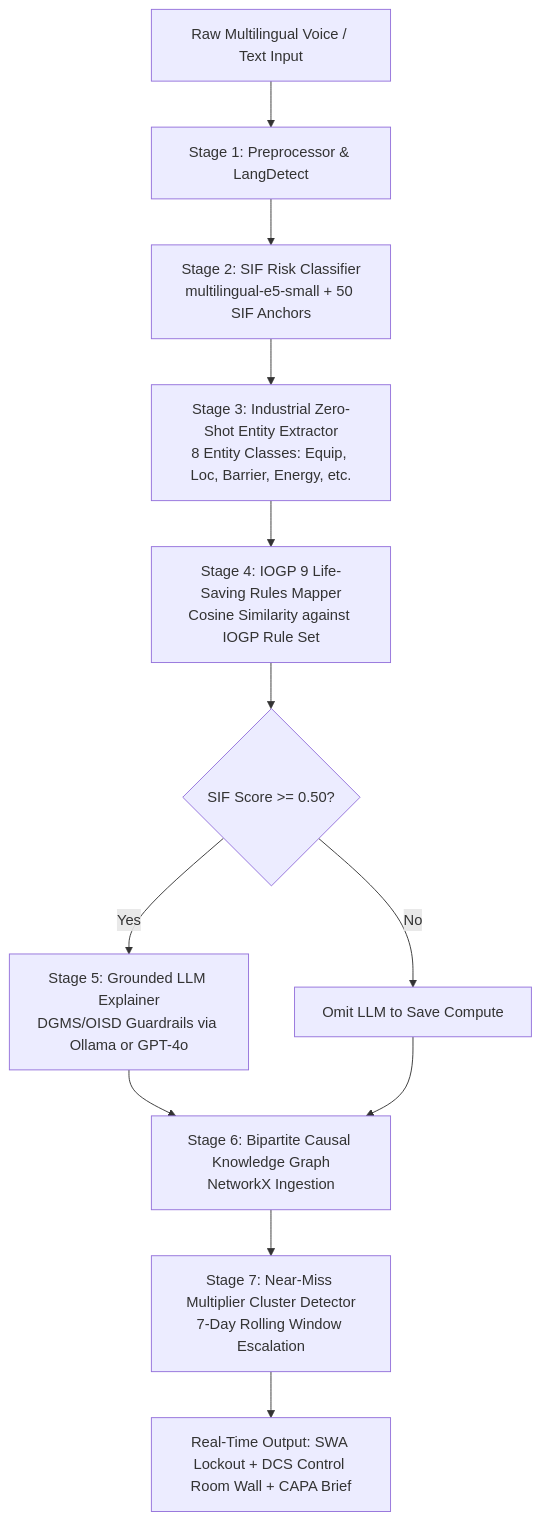
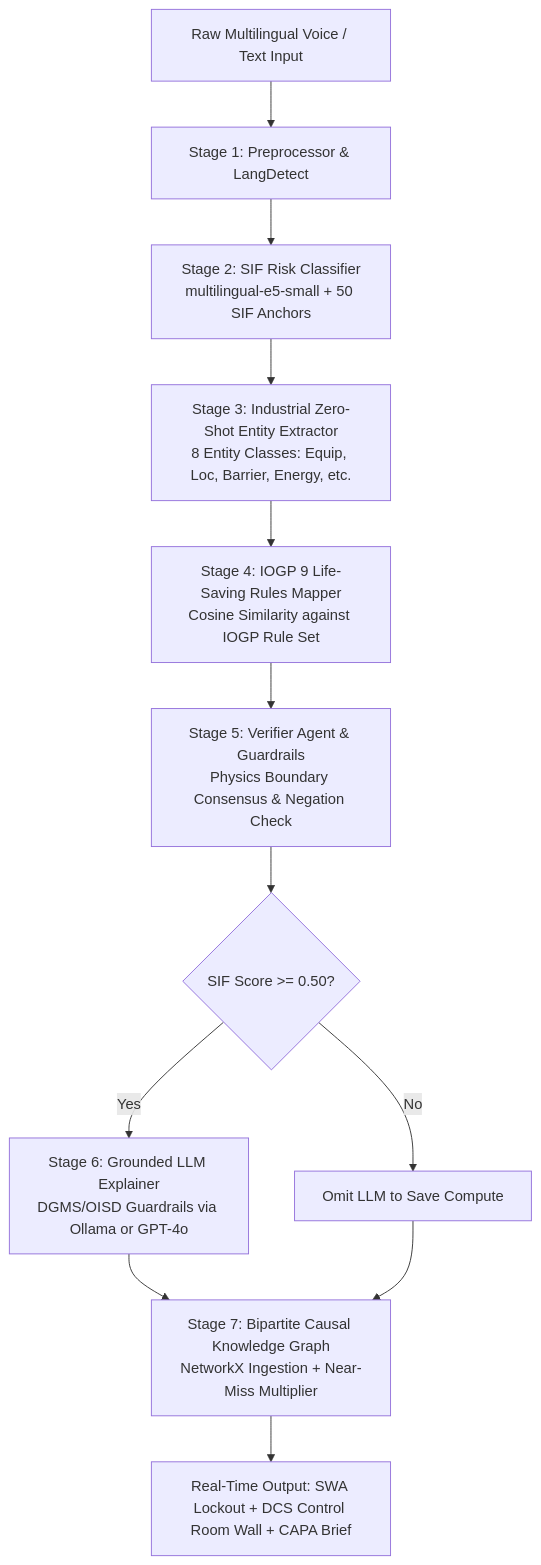
One commit to priy-anshugupta/Sanket-AI changed the fourth of 5 diagrams in understandsanketai.md. Above: the diagram before and after it, drawn with Mermaid. The commit also changed other lines of this file and 4 other files, not shown here.

Commit message:
feat: implement 4-layer defense-in-depth AI guardrails, LangGraph VerifierAgent, and physical boundary arbitration

````diff
--- a/understandsanketai.md
+++ b/understandsanketai.md
@@ -189,13 +196,13 @@
 ```mermaid
 graph TD
     A[Raw Multilingual Voice / Text Input] --> B[Stage 1: Preprocessor & LangDetect]
     B --> C[Stage 2: SIF Risk Classifier<br/>multilingual-e5-small + 50 SIF Anchors]
     C --> D[Stage 3: Industrial Zero-Shot Entity Extractor<br/>8 Entity Classes: Equip, Loc, Barrier, Energy, etc.]
     D --> E[Stage 4: IOGP 9 Life-Saving Rules Mapper<br/>Cosine Similarity against IOGP Rule Set]
-    E --> F{SIF Score >= 0.50?}
-    F -- Yes --> G[Stage 5: Grounded LLM Explainer<br/>DGMS/OISD Guardrails via Ollama or GPT-4o]
-    F -- No --> H[Omit LLM to Save Compute]
-    G & H --> I[Stage 6: Bipartite Causal Knowledge Graph<br/>NetworkX Ingestion]
-    I --> J[Stage 7: Near-Miss Multiplier Cluster Detector<br/>7-Day Rolling Window Escalation]
+    E --> F[Stage 5: Verifier Agent & Guardrails<br/>Physics Boundary Consensus & Negation Check]
+    F --> G{SIF Score >= 0.50?}
+    G -- Yes --> H[Stage 6: Grounded LLM Explainer<br/>DGMS/OISD Guardrails via Ollama or GPT-4o]
+    G -- No --> I[Omit LLM to Save Compute]
+    H & I --> J[Stage 7: Bipartite Causal Knowledge Graph<br/>NetworkX Ingestion + Near-Miss Multiplier]
     J --> K[Real-Time Output: SWA Lockout + DCS Control Room Wall + CAPA Brief]
 ```
````
